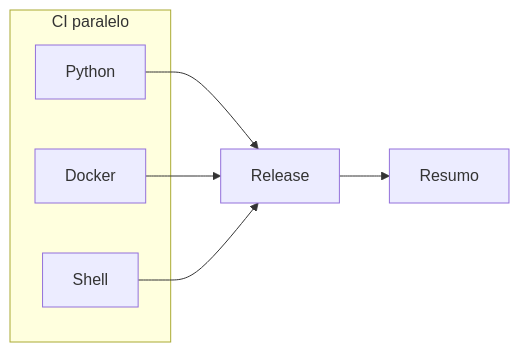
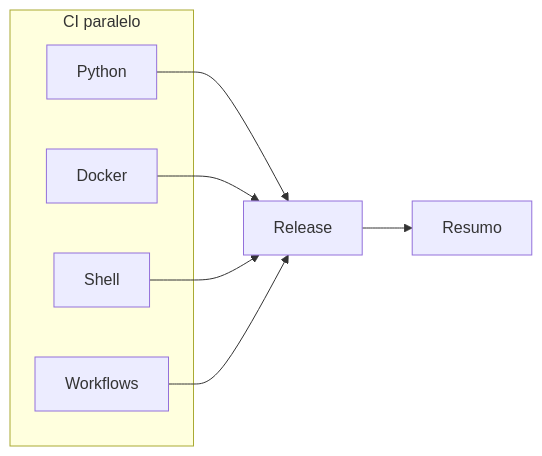
Before and after one commit to victorh-silveira/aether-quantum-engine: the diagram in .github/README.md, drawn with Mermaid. The commit also changed other lines of this file and 9 other files, not shown here.

````diff
--- a/.github/README.md
+++ b/.github/README.md
@@ -7,12 +7,14 @@
 ```mermaid
 flowchart LR
   subgraph ci [CI paralelo]
     PY[Python]
     DK[Docker]
     SH[Shell]
+    WF[Workflows]
   end
   PY --> R[Release]
   DK --> R
   SH --> R
+  WF --> R
   R --> S[Resumo]
 ```
````
